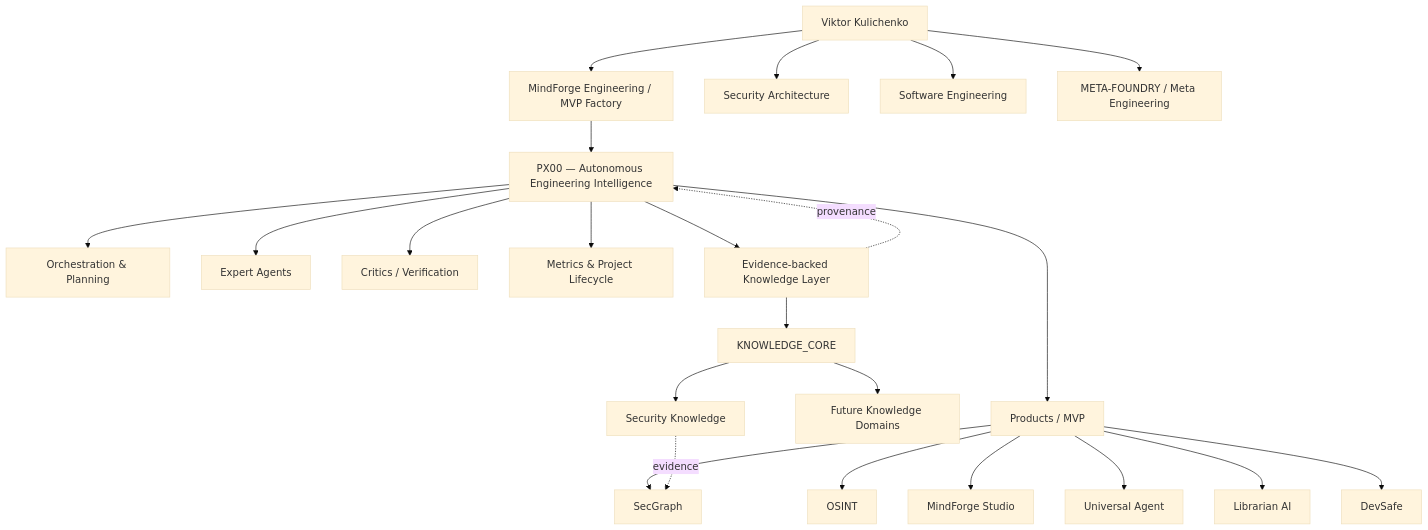
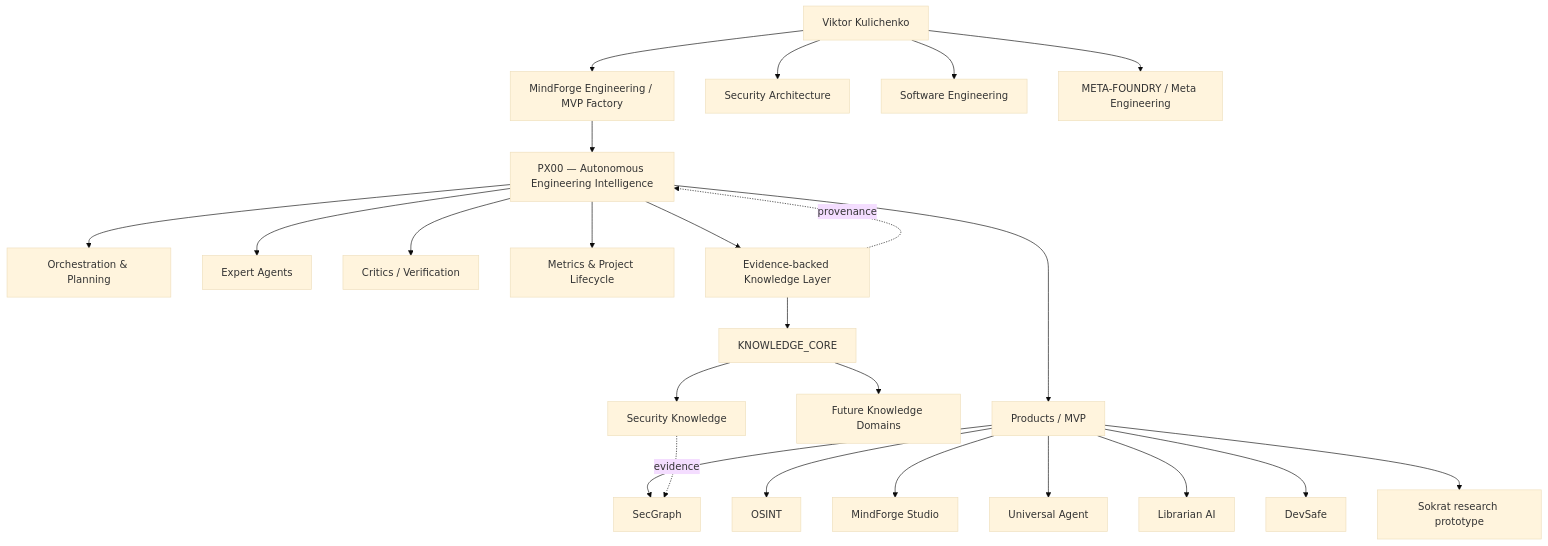
One commit to VictorKVS/VictorKVS changed the diagram in README.md. Above: the diagram before and after it, drawn with Mermaid (base theme). The commit also changed other lines of this file, not shown here.

````diff
--- a/README.md
+++ b/README.md
@@ -51,30 +54,31 @@
 ```mermaid
 flowchart TD
     VK[Viktor Kulichenko] --> MF[MindForge Engineering / MVP Factory]
     MF --> PX[PX00 — Autonomous Engineering Intelligence]
 
     PX --> ORCH[Orchestration & Planning]
     PX --> EXP[Expert Agents]
     PX --> CRIT[Critics / Verification]
     PX --> MET[Metrics & Project Lifecycle]
     PX --> KB[Evidence-backed Knowledge Layer]
 
     KB --> KC[KNOWLEDGE_CORE]
     KC --> SKB[Security Knowledge]
     KC --> FKB[Future Knowledge Domains]
 
     PX --> PRODUCTS[Products / MVP]
     PRODUCTS --> OSINT[OSINT]
     PRODUCTS --> SG[SecGraph]
     PRODUCTS --> MFS[MindForge Studio]
     PRODUCTS --> UAG[Universal Agent]
     PRODUCTS --> LIB[Librarian AI]
     PRODUCTS --> DS[DevSafe]
+    PRODUCTS --> SOK[Sokrat research prototype]
 
     VK --> SEC[Security Architecture]
     VK --> ENG[Software Engineering]
     VK --> META[META-FOUNDRY / Meta Engineering]
 
     SKB -. evidence .-> SG
     KB -. provenance .-> PX
 ```
````
